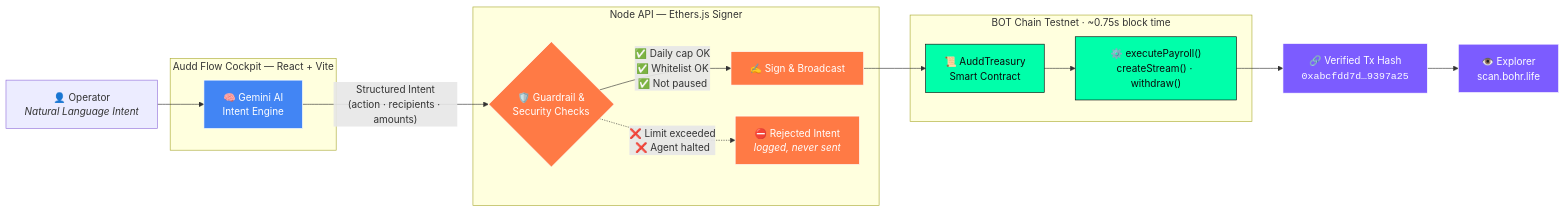
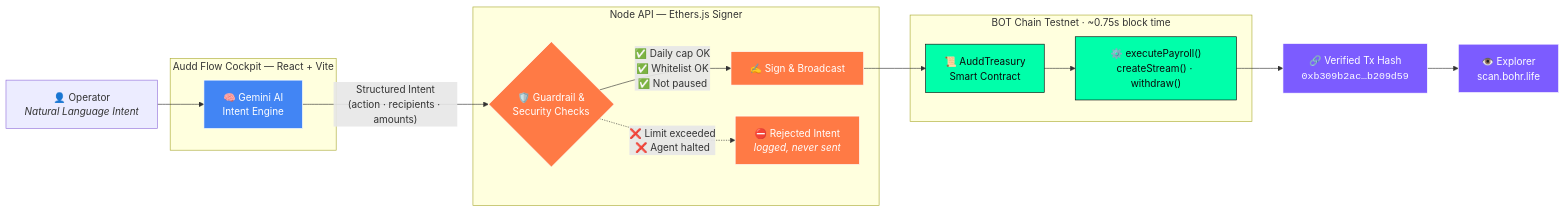
The diagram in README.md (dakshrawat298-gif/Audd-flwo), drawn with Mermaid before and after one commit. The commit also changed other lines of this file, not shown here.

Commit message:
Update transaction hash in documentation to reflect a real on-chain event
Replace dummy transaction hash in README.md with a real one from a successful on-chain transaction, updating both the link text and URL for verification.

Replit-Commit-Author: Agent
Replit-Commit-Session-Id: 1067eda3-dc1a-407c-b712-d97465dcd24d
Replit-Commit-Checkpoint-Type: full_checkpoint
Replit-Commit-Event-Id: 827ec26e-1892-4d87-8d6d-a5207923b6b7
Replit-Commit-Screenshot-Url: https://storage.googleapis.com/screenshot-production-us-central1/ba44552e-3c4d-44c9-a629-f278a8aac368/1067eda3-dc1a-407c-b712-d97465dcd24d/3UqnQs6
Replit-Helium-Checkpoint-Created: true

````diff
--- a/README.md
+++ b/README.md
@@ -38,35 +38,35 @@
 ```mermaid
 flowchart LR
     A["👤 Operator<br/><i>Natural Language Intent</i>"] --> B
 
     subgraph Cockpit["Audd Flow Cockpit — React + Vite"]
         B["🧠 Gemini AI<br/>Intent Engine"]
     end
 
     B -->|"Structured Intent<br/>(action · recipients · amounts)"| C
 
     subgraph API["Node API — Ethers.js Signer"]
         C{"🛡️ Guardrail &<br/>Security Checks"}
         C -->|"✅ Daily cap OK<br/>✅ Whitelist OK<br/>✅ Not paused"| D["✍️ Sign & Broadcast"]
         C -.->|"❌ Limit exceeded<br/>❌ Agent halted"| R["⛔ Rejected Intent<br/><i>logged, never sent</i>"]
     end
 
     D --> E
 
     subgraph Chain["BOT Chain Testnet · ~0.75s block time"]
         E["📜 AuddTreasury<br/>Smart Contract"]
         E --> F["⚙️ executePayroll()<br/>createStream() · withdraw()"]
     end
 
-    F --> G["🔗 Verified Tx Hash<br/><code>0xabcfdd7d…9397a25</code>"]
+    F --> G["🔗 Verified Tx Hash<br/><code>0xb309b2ac…b209d59</code>"]
     G --> H["👁️ Explorer<br/>scan.bohr.life"]
 
     classDef ai fill:#4285F4,stroke:#fff,color:#fff;
     classDef guard fill:#FF7A45,stroke:#fff,color:#fff;
     classDef chain fill:#00FFAA,stroke:#0A0A0A,color:#0A0A0A;
     classDef verify fill:#7C5CFF,stroke:#fff,color:#fff;
     class B ai;
     class C,D,R guard;
     class E,F chain;
     class G,H verify;
 ```
````
